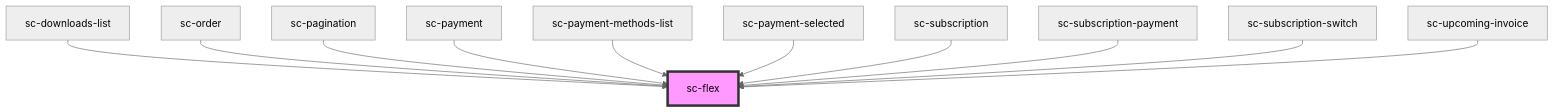
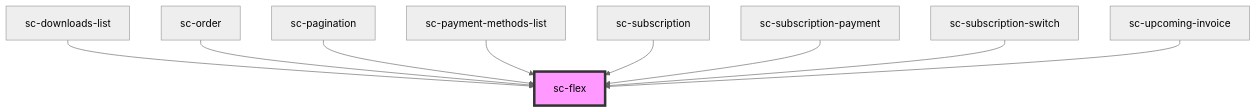
One commit to surecart/surecart-wp-plugin changed the diagram in packages/components/src/components/ui/flex/readme.md. Above: the diagram before and after it, drawn with Mermaid (neutral theme). The commit also changed other lines of this file and 15 other files, not shown here.

````diff
--- a/packages/components/src/components/ui/flex/readme.md
+++ b/packages/components/src/components/ui/flex/readme.md
@@ -34,14 +32,12 @@
 ```mermaid
 graph TD;
   sc-downloads-list --> sc-flex
   sc-order --> sc-flex
   sc-pagination --> sc-flex
-  sc-payment --> sc-flex
   sc-payment-methods-list --> sc-flex
-  sc-payment-selected --> sc-flex
   sc-subscription --> sc-flex
   sc-subscription-payment --> sc-flex
   sc-subscription-switch --> sc-flex
   sc-upcoming-invoice --> sc-flex
   style sc-flex fill:#f9f,stroke:#333,stroke-width:4px
 ```
````
